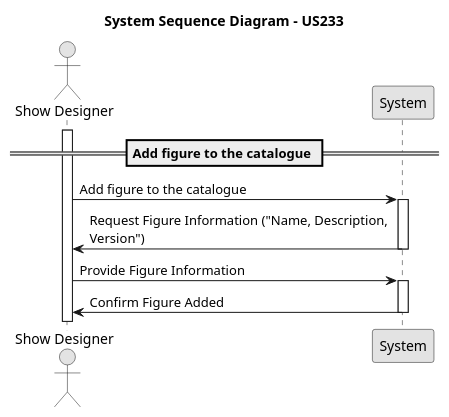
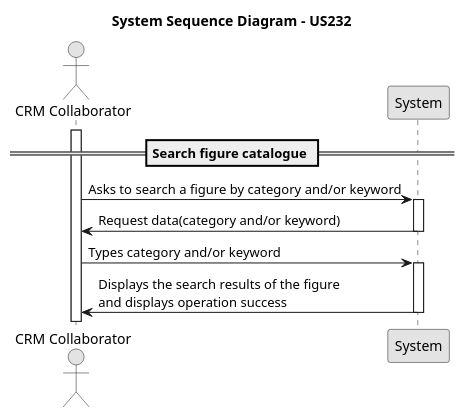
Before and after one commit to rubenFreitas1/ISEP-LAPR4-2024-2025: the diagram in docs/Sprint2/us_232/diagrams/system-sequence-diagram-US232.puml, drawn with PlantUML. The commit also changed 3 other files, not shown here.

```diff
--- a/docs/Sprint2/us_232/diagrams/system-sequence-diagram-US232.puml
+++ b/docs/Sprint2/us_232/diagrams/system-sequence-diagram-US232.puml
@@ -1,28 +1,28 @@
 @startuml
 skinparam monochrome true
 skinparam packageStyle rectangle
 skinparam shadowing false
 
-actor "Show Designer" as showDesigner
+actor "CRM Collaborator" as crmCollaborator
 participant "System" as system
 
-title System Sequence Diagram - US233
+title System Sequence Diagram - US232
 
-== Add figure to the catalogue ==
-activate showDesigner
+== Search figure catalogue ==
+activate crmCollaborator
 
-showDesigner -> system : Add figure to the catalogue
-activate system
+    crmCollaborator -> system : Asks to search a figure by category and/or keyword
+    activate system
 
-system -> showDesigner : Request Figure Information ("Name, Description, \nVersion")
-deactivate system
-showDesigner -> system : Provide Figure Information
+        system -> crmCollaborator : Request data(category and/or keyword)
+    deactivate system
+    crmCollaborator -> system : Types category and/or keyword
 
-activate system
+    activate system
 
-system -> showDesigner : Confirm Figure Added
-deactivate system
+        system -> crmCollaborator : Displays the search results of the figure \nand displays operation success
+    deactivate system
 
 
 
 @enduml
```
